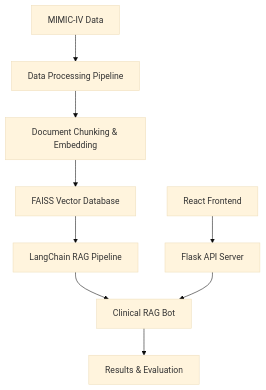
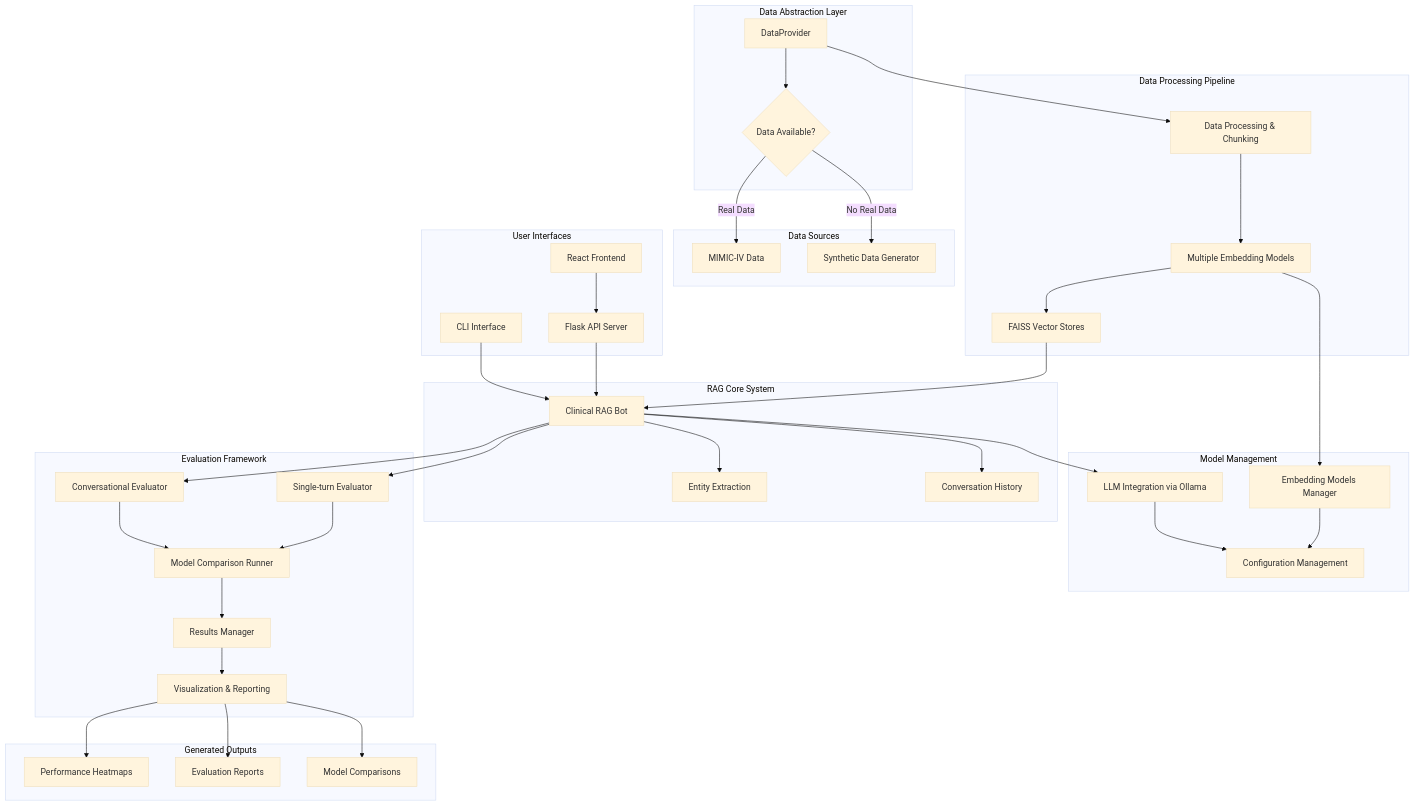
One commit to DevNick21/Clinical_RAG_chat_bot changed the diagram in README.md. Above: the diagram before and after it, drawn with Mermaid (base theme). The commit also changed other lines of this file, not shown here.

````diff
--- a/README.md
+++ b/README.md
@@ -18,12 +18,74 @@
 ```mermaid
-graph TD
-    A[MIMIC-IV Data] --> B[Data Processing Pipeline]
-    B --> C[Document Chunking & Embedding]
-    C --> D[FAISS Vector Database]
-    D --> E[LangChain RAG Pipeline]
-    E --> F[Clinical RAG Bot]
-    F --> G[Results & Evaluation]
-
-    H[React Frontend] --> I[Flask API Server]
-    I --> F
+graph TB
+    subgraph "Data Sources"
+        A[MIMIC-IV Data]
+        B[Synthetic Data Generator]
+    end
+    
+    subgraph "Data Abstraction Layer"
+        C[DataProvider]
+        C --> D{Data Available?}
+        D -->|Real Data| A
+        D -->|No Real Data| B
+    end
+    
+    subgraph "Data Processing Pipeline"
+        E[Data Processing & Chunking]
+        F[Multiple Embedding Models]
+        G[FAISS Vector Stores]
+        C --> E
+        E --> F
+        F --> G
+    end
+    
+    subgraph "RAG Core System"
+        H[Clinical RAG Bot]
+        I[Entity Extraction]
+        J[Conversation History]
+        G --> H
+        H --> I
+        H --> J
+    end
+    
+    subgraph "Model Management"
+        K[Embedding Models Manager]
+        L[LLM Integration via Ollama]
+        M[Configuration Management]
+        F --> K
+        H --> L
+        K --> M
+        L --> M
+    end
+    
+    subgraph "Evaluation Framework"
+        N[Single-turn Evaluator]
+        O[Conversational Evaluator] 
+        P[Model Comparison Runner]
+        Q[Results Manager]
+        R[Visualization & Reporting]
+        H --> N
+        H --> O
+        N --> P
+        O --> P
+        P --> Q
+        Q --> R
+    end
+    
+    subgraph "User Interfaces"
+        S[React Frontend]
+        T[Flask API Server]
+        U[CLI Interface]
+        S --> T
+        T --> H
+        U --> H
+    end
+    
+    subgraph "Generated Outputs"
+        V[Performance Heatmaps]
+        W[Evaluation Reports]
+        X[Model Comparisons]
+        R --> V
+        R --> W
+        R --> X
+    end
 ```
````
